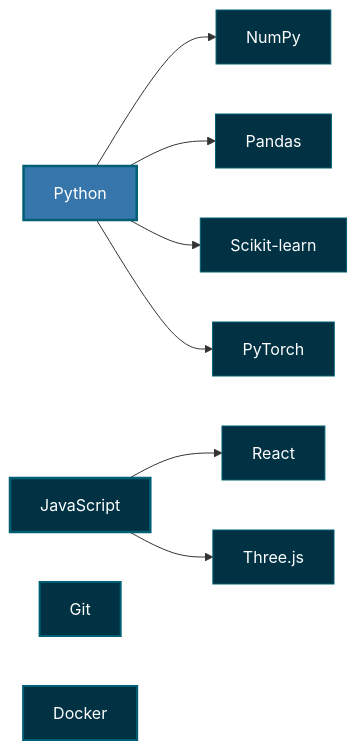
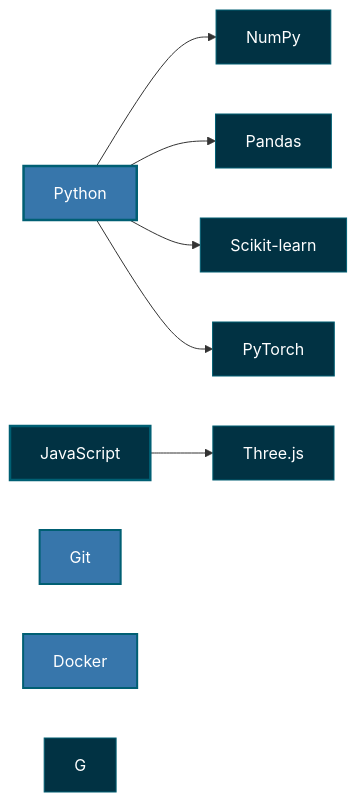
The diagram in README.md (Thedarkiin/Thedarkiin), drawn with Mermaid before and after one commit. The commit also changed other lines of this file, not shown here.

````diff
--- a/README.md
+++ b/README.md
@@ -40,24 +40,24 @@
 ```mermaid
 graph LR
     A["Python"] --> B["NumPy"]
     A --> C["Pandas"]
     A --> D["Scikit-learn"]
     A --> E["PyTorch"]
     
-    F["JavaScript"] --> G["React"]
+    F["JavaScript"]
     F --> H["Three.js"]
     
     J["Git"]
     K["Docker"]
     
     style A fill:#3776AB,stroke:#005f73,color:#fff,stroke-width:2.5px
     style B fill:#013243,stroke:#005f73,color:#fff
     style C fill:#013243,stroke:#005f73,color:#fff
     style D fill:#013243,stroke:#005f73,color:#fff
     style E fill:#013243,stroke:#005f73,color:#fff
     style F fill:#013243,stroke:#005f73,color:#fff,stroke-width:2.5px
     style G fill:#013243,stroke:#005f73,color:#fff
     style H fill:#013243,stroke:#005f73,color:#fff
-    style J fill:#013243,stroke:#005f73,color:#fff,stroke-width:2px
-    style K fill:#013243,stroke:#005f73,color:#fff,stroke-width:2px
+    style J fill:#3776AB,stroke:#005f73,color:#fff,stroke-width:2px
+    style K fill:#3776AB,stroke:#005f73,color:#fff,stroke-width:2px
 ```
````
